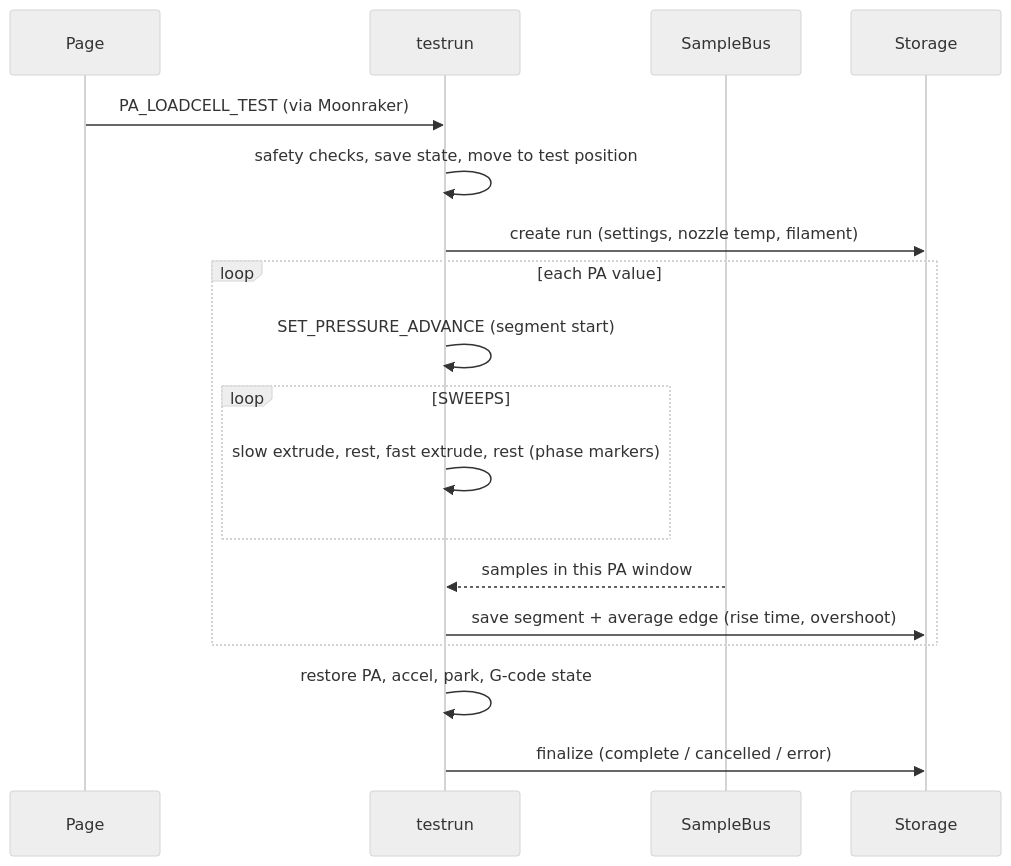
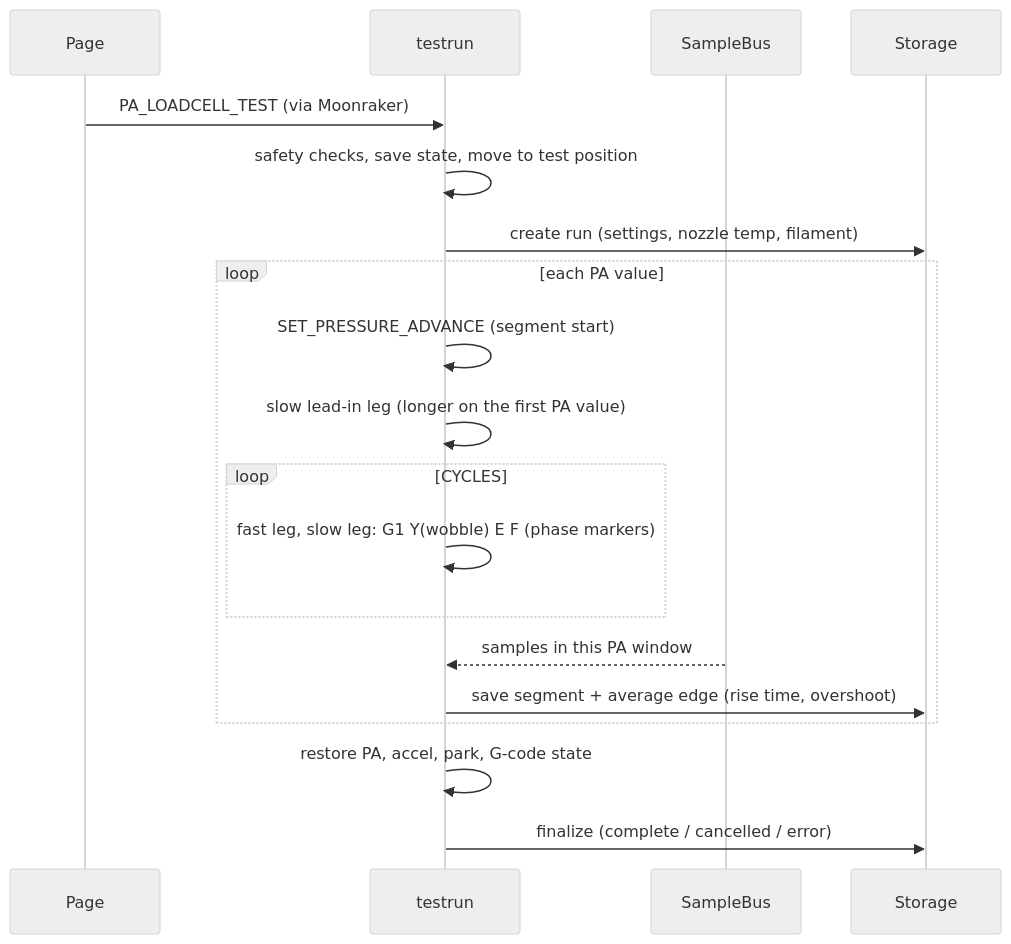
Before and after one commit to VcikeyTheCoder/piro-air-pa-calibrator: the second of 2 diagrams in README.md, drawn with Mermaid (neutral theme). The commit also changed other lines of this file and 9 other files, not shown here.

Commit message:
KAPAT-style wobble pulses, volumetric PA test tab with live graph

````diff
--- a/README.md
+++ b/README.md
@@ -158,20 +185,21 @@
 ```mermaid
 sequenceDiagram
   participant U as Page
   participant T as testrun
   participant B as SampleBus
   participant S as Storage
   U->>T: PA_LOADCELL_TEST (via Moonraker)
   T->>T: safety checks, save state, move to test position
   T->>S: create run (settings, nozzle temp, filament)
   loop each PA value
     T->>T: SET_PRESSURE_ADVANCE (segment start)
-    loop SWEEPS
-      T->>T: slow extrude, rest, fast extrude, rest (phase markers)
+    T->>T: slow lead-in leg (longer on the first PA value)
+    loop CYCLES
+      T->>T: fast leg, slow leg: G1 Y(wobble) E F (phase markers)
     end
     B-->>T: samples in this PA window
     T->>S: save segment + average edge (rise time, overshoot)
   end
   T->>T: restore PA, accel, park, G-code state
   T->>S: finalize (complete / cancelled / error)
 ```
````
